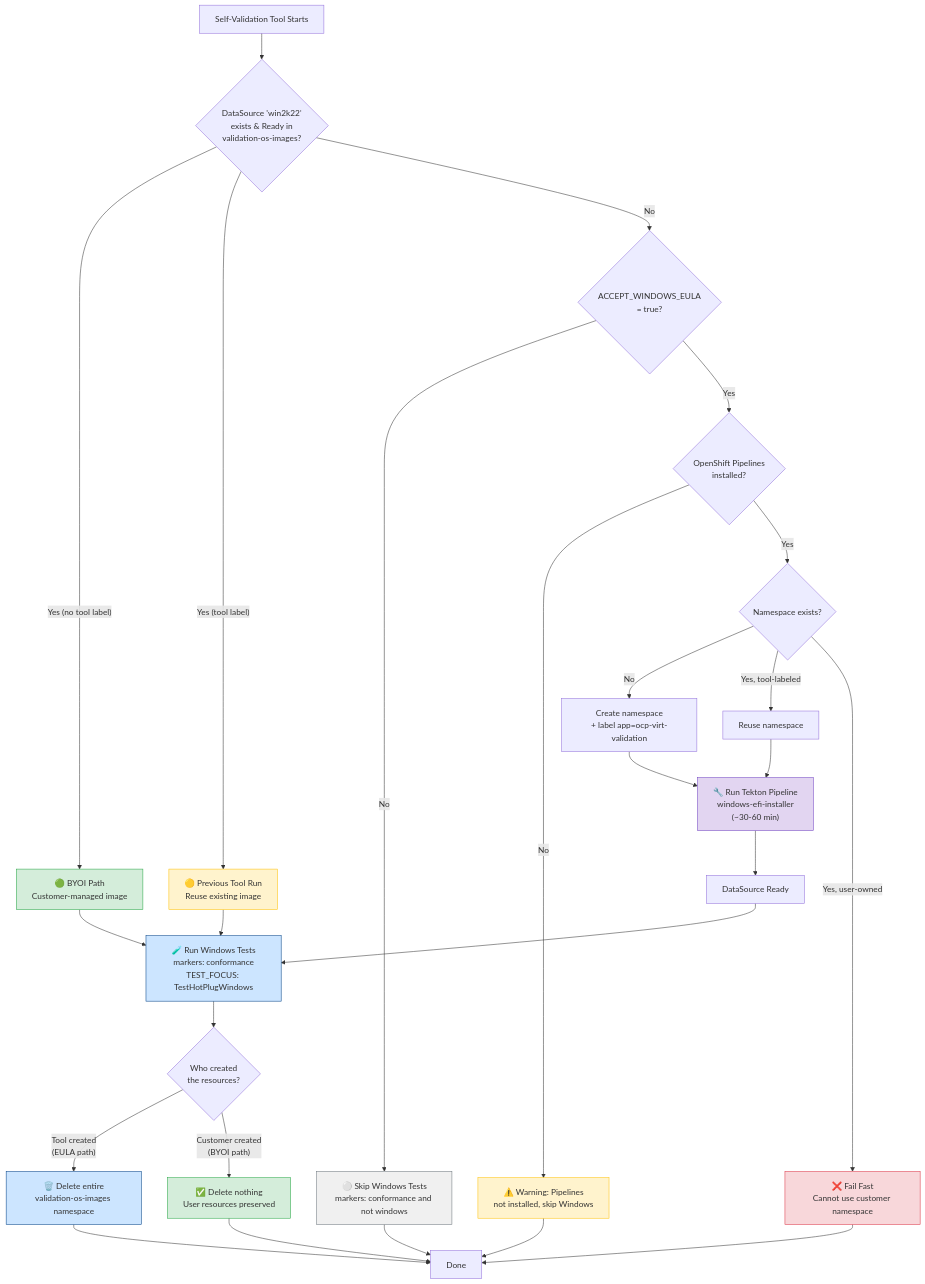
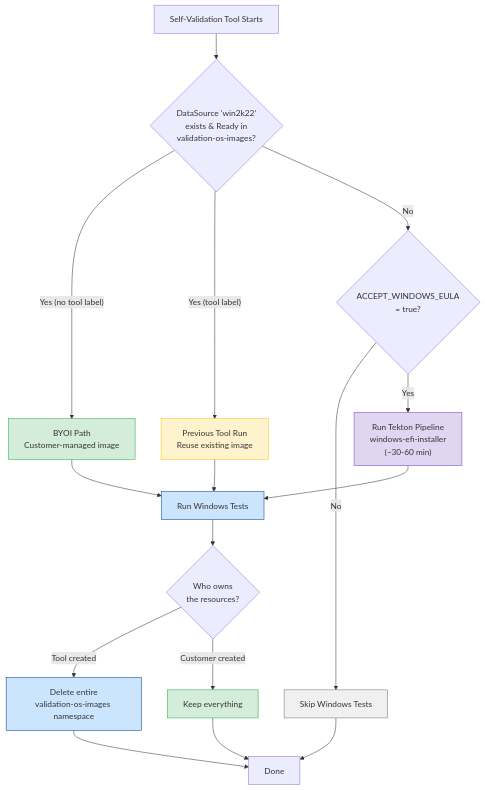
Before and after one commit to Ahmad-Hafe/ocp-virt-validation-checkup: the first of 3 diagrams in docs/WINDOWS_GOLDEN_IMAGE_DESIGN.md, drawn with Mermaid. The commit also changed other lines of this file, not shown here.

First line of the commit message:
docs: add alternatives, test plan, and implementation phases to design doc

````diff
--- a/docs/WINDOWS_GOLDEN_IMAGE_DESIGN.md
+++ b/docs/WINDOWS_GOLDEN_IMAGE_DESIGN.md
@@ -300,48 +72,32 @@
 ```mermaid
 flowchart TD
     START["Self-Validation Tool Starts"] --> CHECK_DS{"DataSource 'win2k22'<br/>exists & Ready in<br/>validation-os-images?"}
 
-    CHECK_DS -->|"Yes (no tool label)"| BYOI["🟢 BYOI Path<br/>Customer-managed image"]
-    CHECK_DS -->|"Yes (tool label)"| PREV["🟡 Previous Tool Run<br/>Reuse existing image"]
+    CHECK_DS -->|"Yes (no tool label)"| BYOI["BYOI Path<br/>Customer-managed image"]
+    CHECK_DS -->|"Yes (tool label)"| PREV["Previous Tool Run<br/>Reuse existing image"]
     CHECK_DS -->|"No"| CHECK_EULA{"ACCEPT_WINDOWS_EULA<br/>= true?"}
 
-    CHECK_EULA -->|"No"| SKIP["⚪ Skip Windows Tests<br/>markers: conformance and not windows"]
-    CHECK_EULA -->|"Yes"| CHECK_PIPES{"OpenShift Pipelines<br/>installed?"}
-
-    CHECK_PIPES -->|"No"| SKIP_WARN["⚠️ Warning: Pipelines<br/>not installed, skip Windows"]
-    CHECK_PIPES -->|"Yes"| CHECK_NS{"Namespace exists?"}
-
-    CHECK_NS -->|"No"| CREATE_NS["Create namespace<br/>+ label app=ocp-virt-validation"]
-    CHECK_NS -->|"Yes, tool-labeled"| REUSE_NS["Reuse namespace"]
-    CHECK_NS -->|"Yes, user-owned"| FAIL["❌ Fail Fast<br/>Cannot use customer namespace"]
-
-    CREATE_NS --> PIPELINE
-    REUSE_NS --> PIPELINE
-
-    PIPELINE["🔧 Run Tekton Pipeline<br/>windows-efi-installer<br/>(~30-60 min)"] --> DS_READY["DataSource Ready"]
+    CHECK_EULA -->|"No"| SKIP["Skip Windows Tests"]
+    CHECK_EULA -->|"Yes"| PIPELINE["Run Tekton Pipeline<br/>windows-efi-installer<br/>(~30-60 min)"]
 
     BYOI --> RUN_TESTS
     PREV --> RUN_TESTS
-    DS_READY --> RUN_TESTS
+    PIPELINE --> RUN_TESTS
 
-    RUN_TESTS["🧪 Run Windows Tests<br/>markers: conformance<br/>TEST_FOCUS: TestHotPlugWindows"] --> CLEANUP{"Who created<br/>the resources?"}
+    RUN_TESTS["Run Windows Tests"] --> CLEANUP{"Who owns<br/>the resources?"}
 
-    CLEANUP -->|"Tool created<br/>(EULA path)"| DELETE_ALL["🗑️ Delete entire<br/>validation-os-images namespace"]
-    CLEANUP -->|"Customer created<br/>(BYOI path)"| DELETE_NONE["✅ Delete nothing<br/>User resources preserved"]
+    CLEANUP -->|"Tool created"| DELETE["Delete entire<br/>validation-os-images namespace"]
+    CLEANUP -->|"Customer created"| KEEP["Keep everything"]
 
     SKIP --> DONE["Done"]
-    SKIP_WARN --> DONE
-    FAIL --> DONE
-    DELETE_ALL --> DONE
-    DELETE_NONE --> DONE
+    DELETE --> DONE
+    KEEP --> DONE
 
     style BYOI fill:#d4edda,stroke:#28a745
     style PREV fill:#fff3cd,stroke:#ffc107
     style SKIP fill:#f0f0f0,stroke:#6c757d
-    style SKIP_WARN fill:#fff3cd,stroke:#ffc107
-    style FAIL fill:#f8d7da,stroke:#dc3545
-    style DELETE_ALL fill:#cce5ff,stroke:#004085
-    style DELETE_NONE fill:#d4edda,stroke:#28a745
+    style DELETE fill:#cce5ff,stroke:#004085
+    style KEEP fill:#d4edda,stroke:#28a745
     style PIPELINE fill:#e2d5f1,stroke:#6f42c1
     style RUN_TESTS fill:#cce5ff,stroke:#004085
 ```
````
